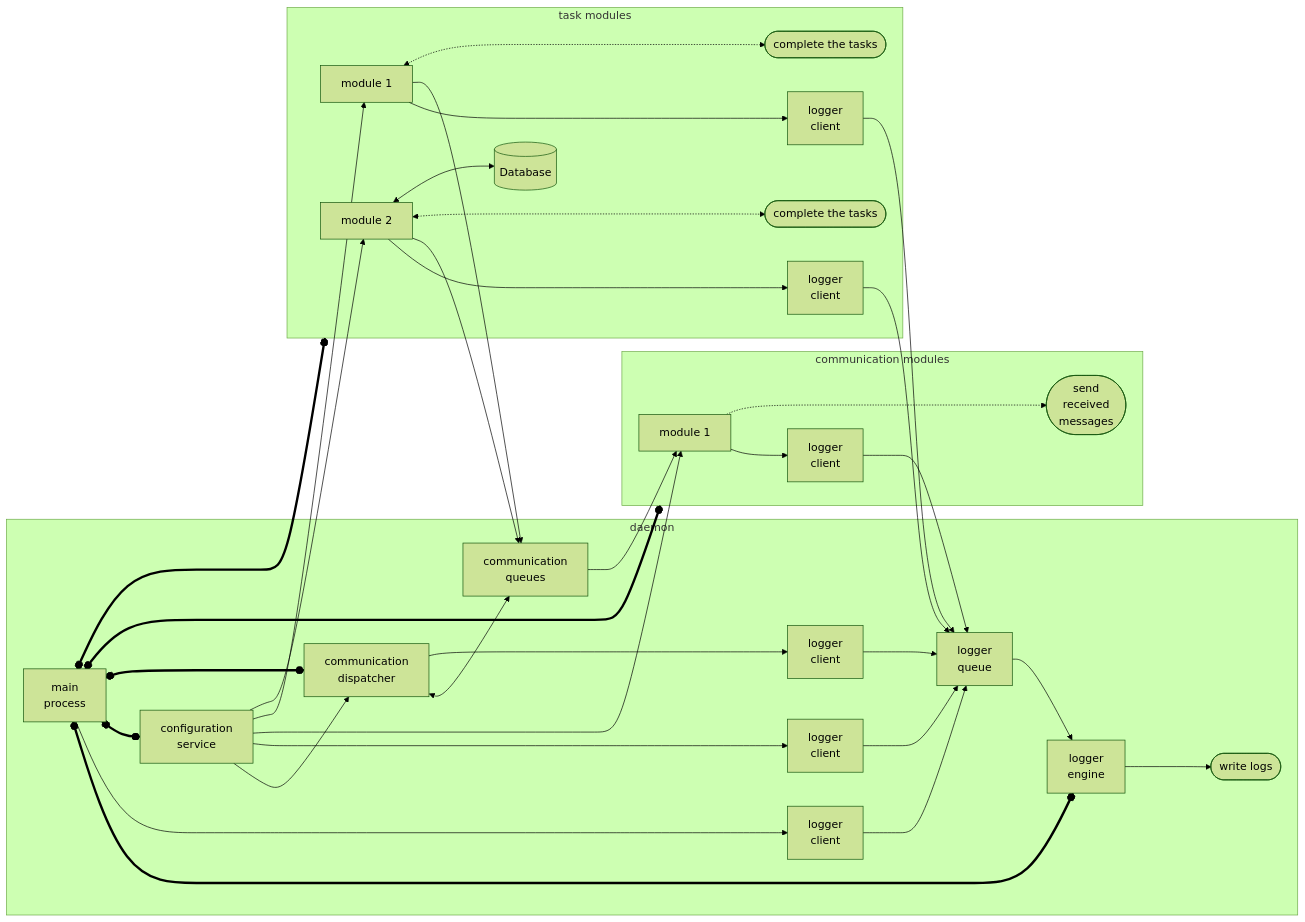
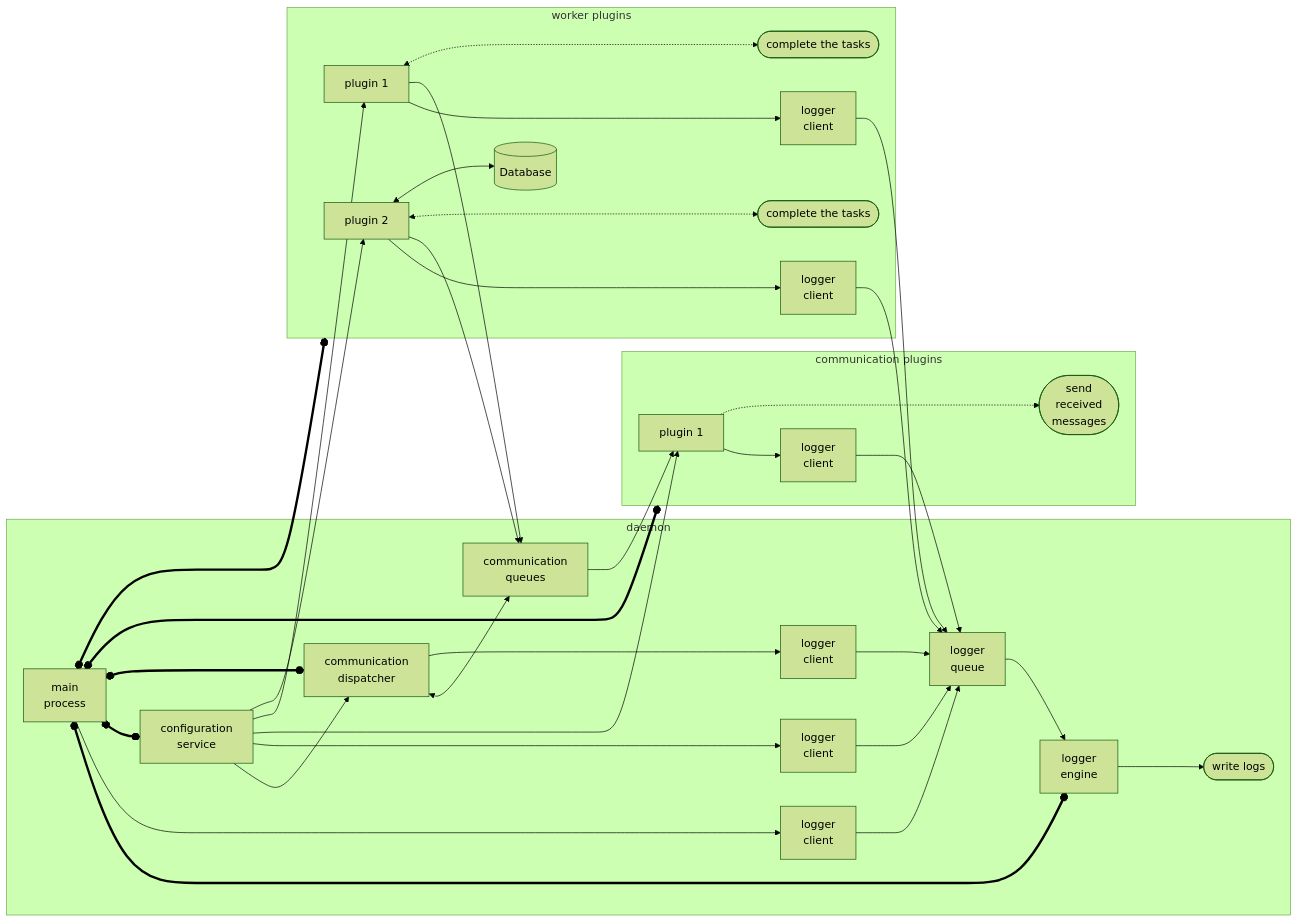
One commit to Szumak75/AASd changed the diagram in docs/Flow.md. Above: the diagram before and after it, drawn with Mermaid (forest theme). The commit also changed 15 other files, not shown here.

Commit message:
feat: refactor codebase to adopt plugin architecture; update documentation and configuration references; enhance tests for plugin integration

````diff
--- a/docs/Flow.md
+++ b/docs/Flow.md
@@ -3,40 +3,40 @@
 ```{mermaid}
 flowchart LR
     subgraph main [daemon]
     A1[main\nprocess] o==o A2[logger\nengine]
     LQ[logger\nqueue] --> A2
     A1 --> A3[logger\nclient]
     A3 --> LQ
     A1 o==o CONF[configuration\nservice]
     A1 o==o A5[communication\ndispatcher]
     A5 <--> CQ[communication\nqueues]
     A5 --> A7[logger\nclient]
     A7 --> LQ
     CONF --> A5
     CONF --> A8[logger\nclient]
     A8 --> LQ
     A2 ---> WL([write logs])
     end
     A1 o==o com
     A1 o==o run
-    subgraph com [communication modules]
-    C1[module 1] --> C2[logger\nclient]
+    subgraph com [communication plugins]
+    C1[plugin 1] --> C2[logger\nclient]
     CONF --> C1
     C2 --> LQ
     CQ --> C1
     C1 -...-> CE(["send\nreceived\nmessages"])
     end
-    subgraph run [task modules]
-    R1[module 1] --> R2[logger\nclient]
+    subgraph run [worker plugins]
+    R1[plugin 1] --> R2[logger\nclient]
     CONF --> R1
     R2 --> LQ
     R1 --> CQ
     R1 <-...-> RE1(["complete the tasks"])
-    R3[module 2] --> R4[logger\nclient]
+    R3[plugin 2] --> R4[logger\nclient]
     CONF --> R3
     R4 --> LQ
     R3 --> CQ
     R3 <-...-> RE3(["complete the tasks"])
     R3 <--> R5[(Database)]
     end
 ```
````
